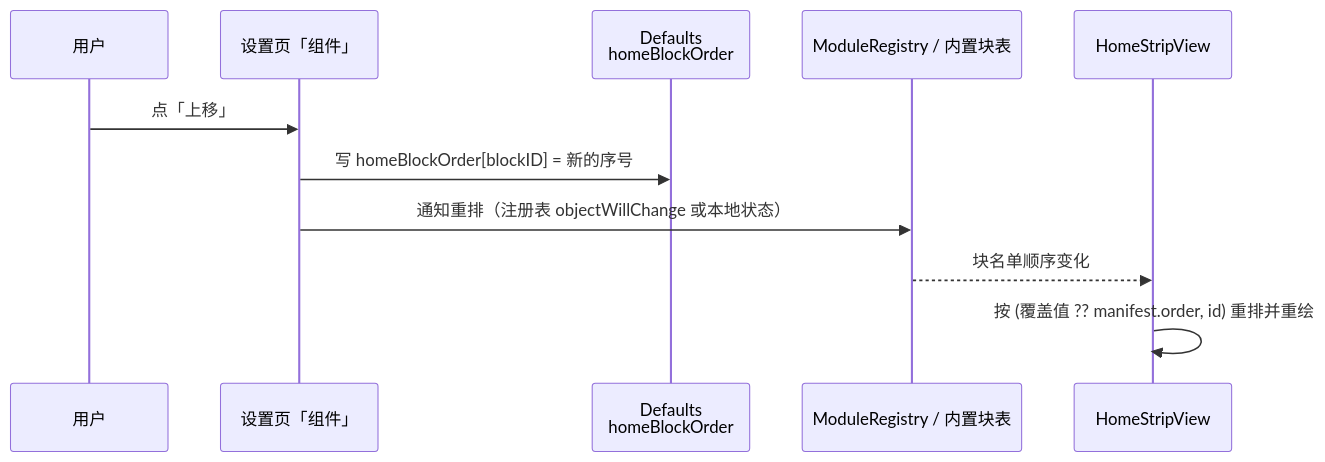
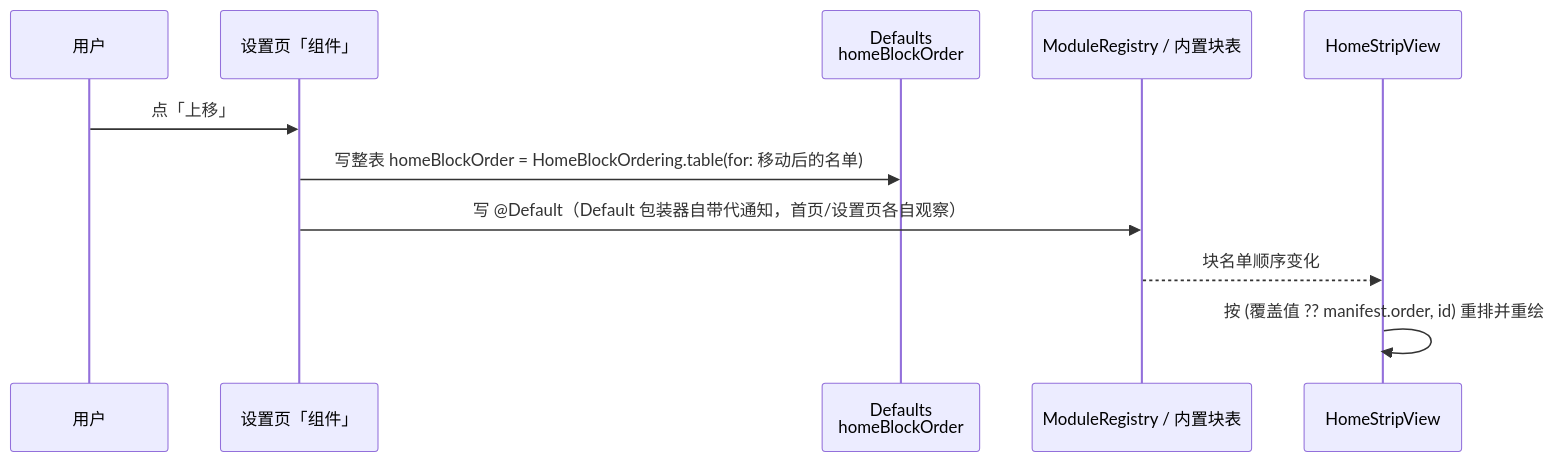
Before and after one commit to cmeng-CM/Gourd: the diagram in docs/18-p1-todos-and-order.md, drawn with Mermaid. The commit also changed other lines of this file, not shown here.

````diff
--- a/docs/18-p1-todos-and-order.md
+++ b/docs/18-p1-todos-and-order.md
@@ -57,13 +57,13 @@
 ```mermaid
 sequenceDiagram
     participant U as 用户
     participant S as 设置页「组件」
     participant D as Defaults<br/>homeBlockOrder
     participant R as ModuleRegistry / 内置块表
     participant H as HomeStripView
     U->>S: 点「上移」
-    S->>D: 写 homeBlockOrder[blockID] = 新的序号
-    S->>R: 通知重排（注册表 objectWillChange 或本地状态）
+    S->>D: 写整表 homeBlockOrder = HomeBlockOrdering.table(for: 移动后的名单)
+    S->>R: 写 @Default（Default 包装器自带代通知，首页/设置页各自观察）
     R-->>H: 块名单顺序变化
     H->>H: 按 (覆盖值 ?? manifest.order, id) 重排并重绘
 ```
````
